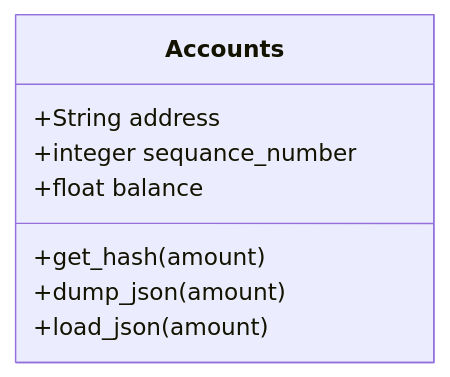
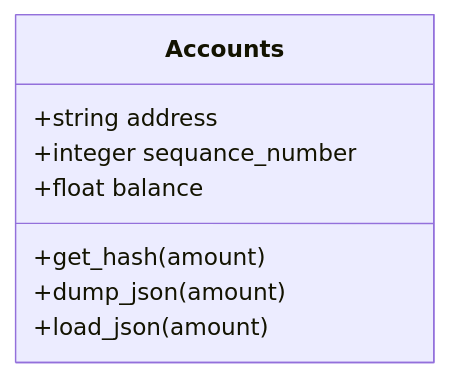
One commit to Naruno/Naruno changed the first of 2 diagrams in docs/concepts/accounts.md. Above: the diagram before and after it, drawn with Mermaid.

Commit message:
docs: Some improvements for accounts docs

````diff
--- a/docs/concepts/accounts.md
+++ b/docs/concepts/accounts.md
@@ -16,11 +16,11 @@
 ```mermaid
 classDiagram
     class Accounts
-    Accounts : +String address
+    Accounts : +string address
     Accounts : +integer sequance_number
     Accounts : +float balance    
     Accounts : +get_hash(amount)
     Accounts : +dump_json(amount)
     Accounts : +load_json(amount)    
 
 ```
````
